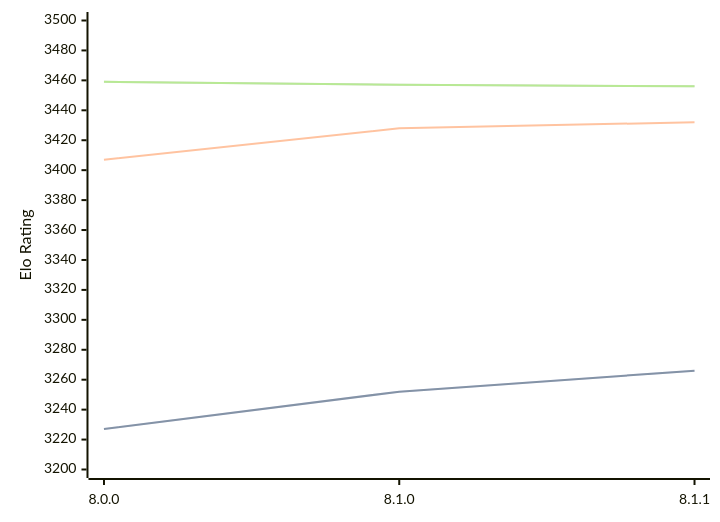
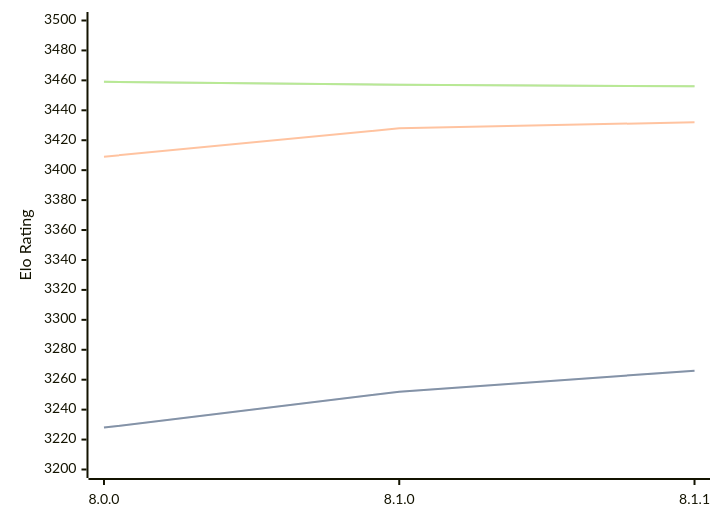
The diagram in engines/Velvet.md (computer-chess-index/cci), drawn with Mermaid before and after one commit. The commit also changed other lines of this file, not shown here.

````diff
--- a/engines/Velvet.md
+++ b/engines/Velvet.md
@@ -57,11 +57,11 @@
 ```mermaid
 %%{init: {"theme":"base","themeVariables":{"seriesColors:['#a3a3a3','#222221','#faa371']}}}%%
 xychart-beta
   x-axis ["8.0.0", "8.1.0", "8.1.1"]
   y-axis "Elo Rating" 3200 --> 3500
-  line "STC (8.0+0.08s)" [3227, 3252, 3266]
-  line "STC (8.0+0.08s)" [3227, 3252, 3266]
-  line "LTC (60.0+0.60s)" [3407, 3428, 3432]
+  line "STC (8.0+0.08s)" [3228, 3252, 3266]
+  line "STC (8.0+0.08s)" [3228, 3252, 3266]
+  line "LTC (60.0+0.60s)" [3409, 3428, 3432]
   line "VLTC (2m24s+1.12s)" [3459, 3457, 3456]
   line "VLTC (2m24s+1.12s)" [3459, 3457, 3456]
 ```
````
